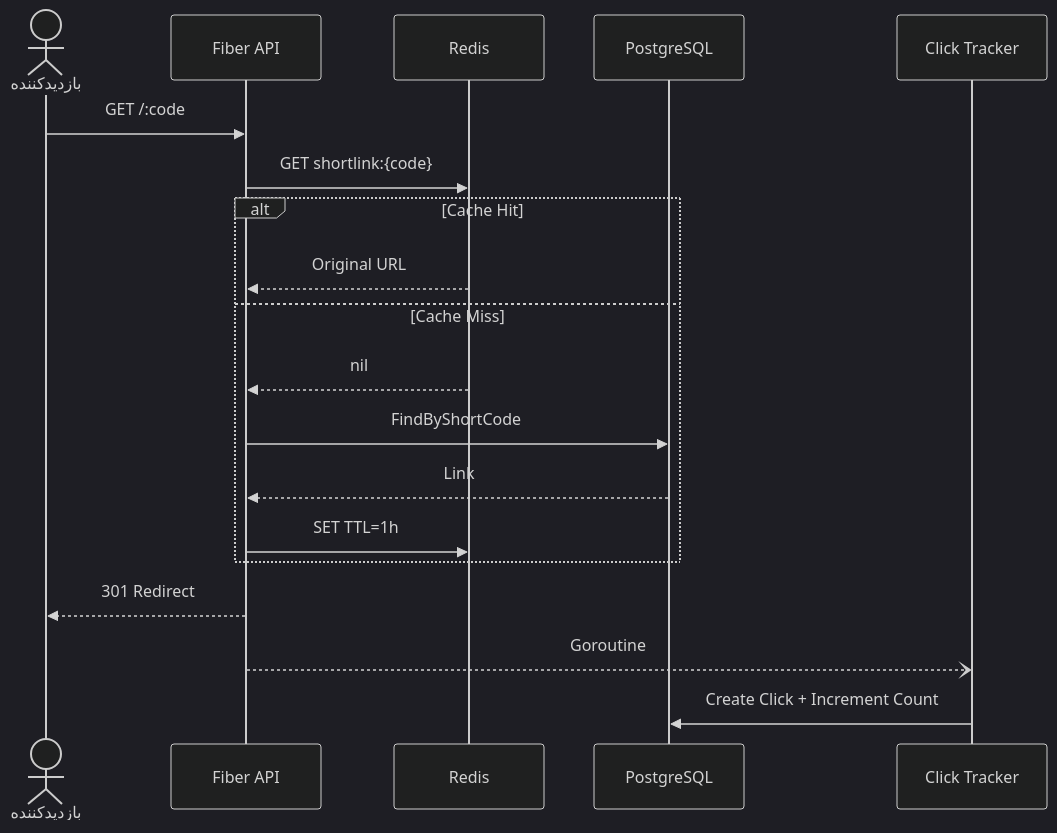
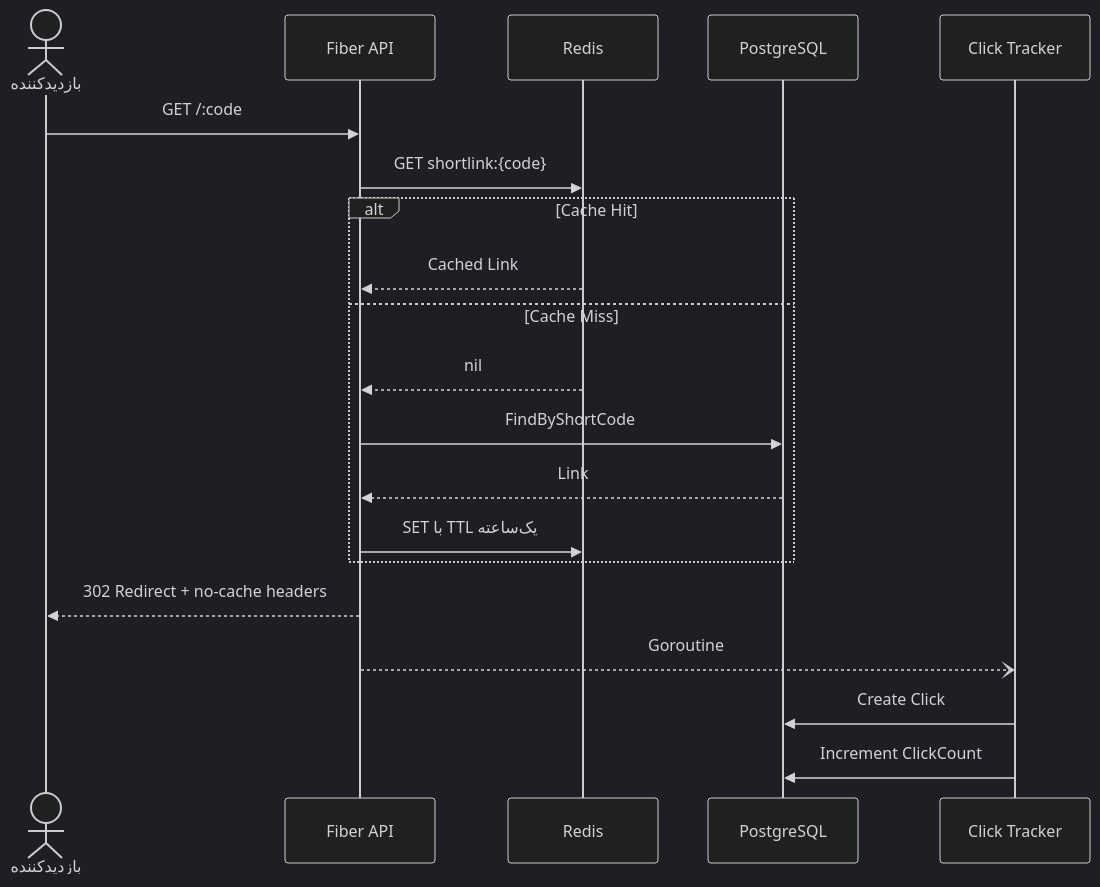
One commit to AmirMotefaker/LinkResan changed the fourth of 6 diagrams in README.md. Above: the diagram before and after it, drawn with Mermaid (dark theme). The commit also changed other lines of this file and 2 other files, not shown here.

````diff
--- a/README.md
+++ b/README.md
@@ -555,24 +335,25 @@
 ```mermaid
 sequenceDiagram
     actor Visitor as بازدیدکننده
     participant API as Fiber API
     participant Redis as Redis
     participant DB as PostgreSQL
     participant Tracker as Click Tracker
 
     Visitor->>API: GET /:code
     API->>Redis: GET shortlink:{code}
 
     alt Cache Hit
-        Redis-->>API: Original URL
+        Redis-->>API: Cached Link
     else Cache Miss
         Redis-->>API: nil
         API->>DB: FindByShortCode
         DB-->>API: Link
-        API->>Redis: SET TTL=1h
+        API->>Redis: SET با TTL یک‌ساعته
     end
 
-    API-->>Visitor: 301 Redirect
+    API-->>Visitor: 302 Redirect + no-cache headers
     API--)Tracker: Goroutine
-    Tracker->>DB: Create Click + Increment Count
+    Tracker->>DB: Create Click
+    Tracker->>DB: Increment ClickCount
 ```
````
